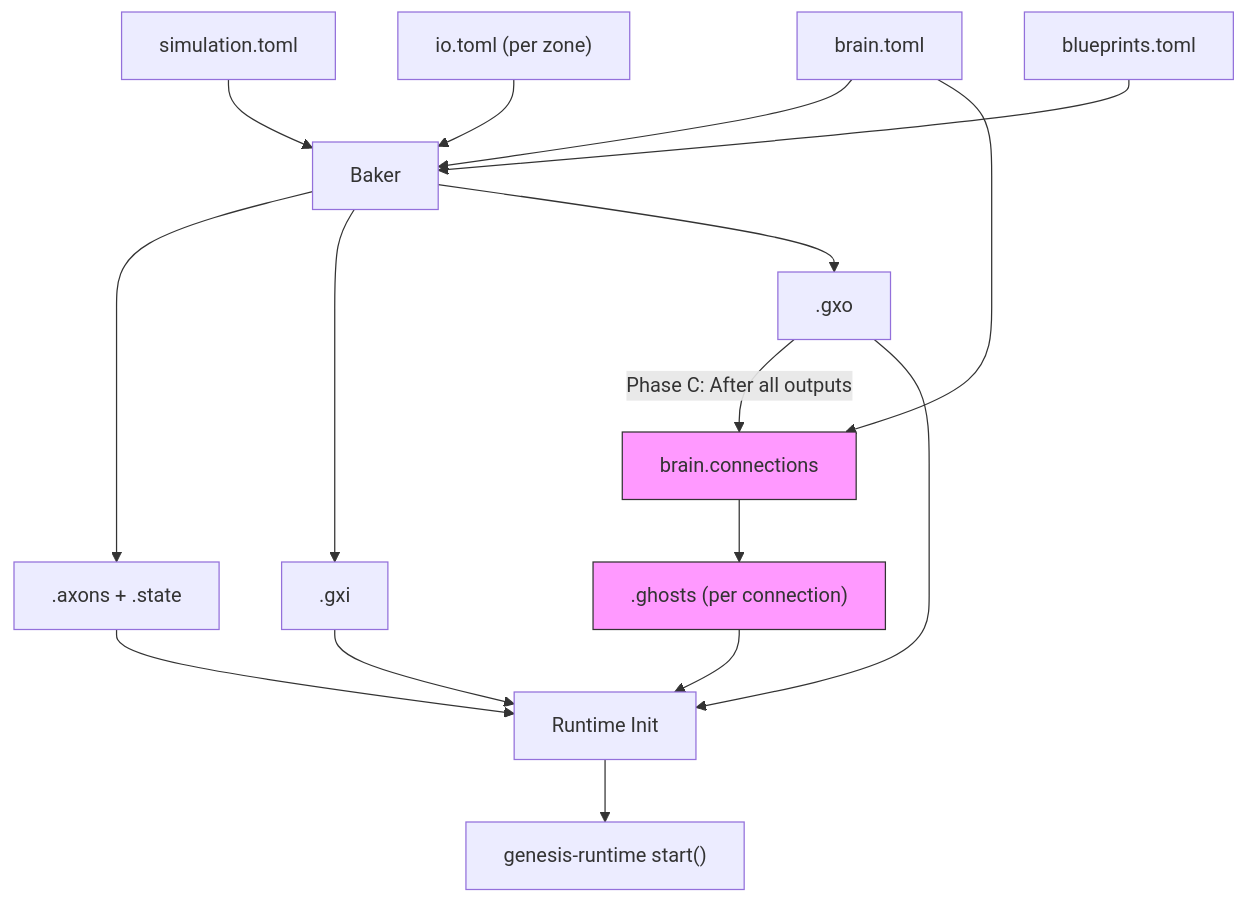
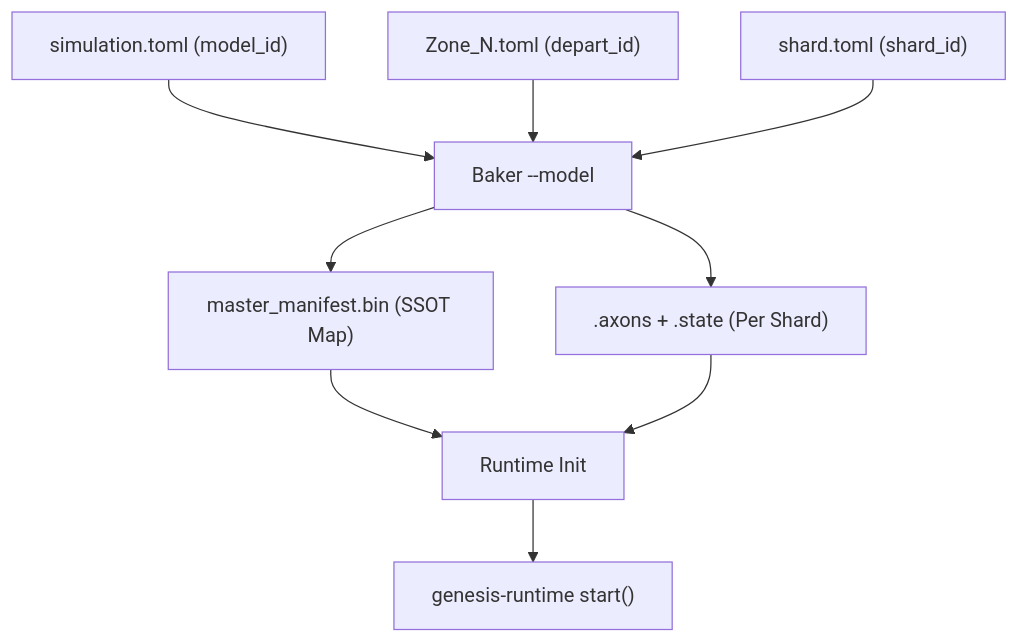
One commit to icare0/axicor changed the diagram in docs/specs/09_baking_pipeline.md. Above: the diagram before and after it, drawn with Mermaid. The commit also changed other lines of this file and 73 other files, not shown here.

````diff
--- a/docs/specs/09_baking_pipeline.md
+++ b/docs/specs/09_baking_pipeline.md
@@ -408,25 +408,14 @@
 ```mermaid
 graph TD
-    A["simulation.toml"] --> D["Baker"]
-    B["brain.toml"] --> D
-    B --> I["brain.connections"]
-    C["io.toml (per zone)"] --> D
-    E["blueprints.toml"] --> D
+    A["simulation.toml (model_id)"] --> D["Baker --model"]
+    B["Zone_N.toml (depart_id)"] --> D
+    C["shard.toml (shard_id)"] --> D
     
-    D --> F[".axons + .state"]
-    D --> G[".gxi"]
-    D --> H[".gxo"]
+    D --> F[".axons + .state (Per Shard)"]
+    D --> M["master_manifest.bin (SSOT Map)"]
     
-    H --> |"Phase C: After all outputs" | I
-    I --> K[".ghosts (per connection)"]
-    
-    G --> J["Runtime Init"]
-    H --> J
-    K --> J
+    M --> J["Runtime Init"]
     F --> J
     
     J --> L["genesis-runtime start()"]
-    
-    style I fill:#f9f,stroke:#333
-    style K fill:#f9f,stroke:#333
 ```
````
